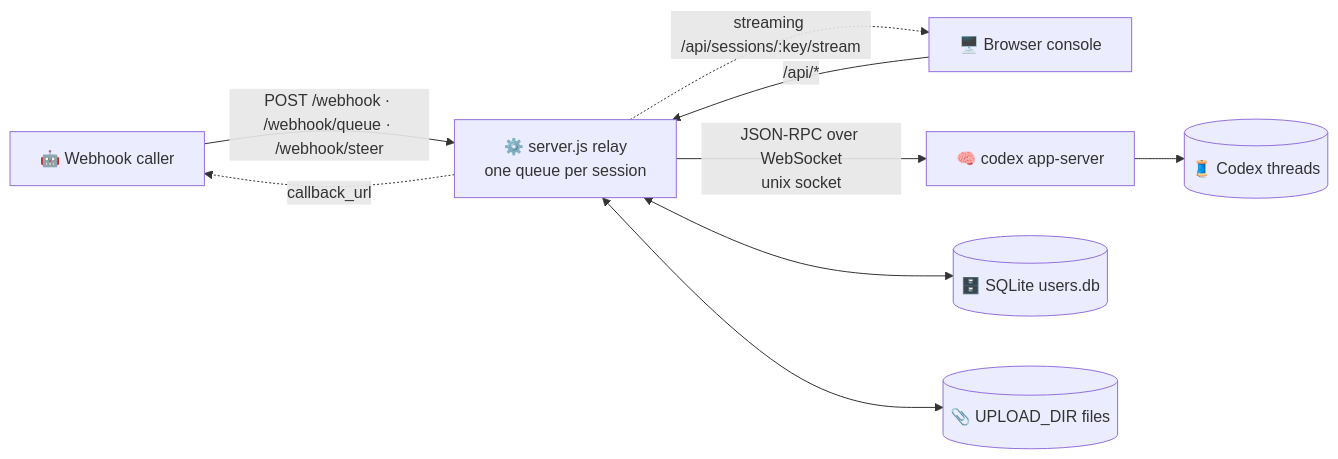
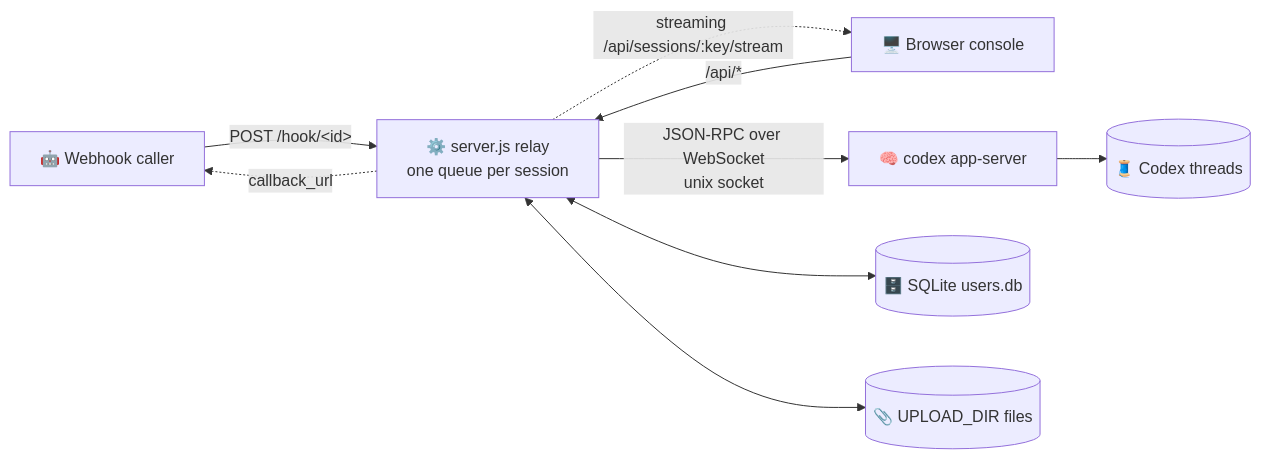
One commit to dylantsai-dev/linebot-relay changed the first of 2 diagrams in README.en.md. Above: the diagram before and after it, drawn with Mermaid. The commit also changed other lines of this file and 1 other file, not shown here.

````diff
--- a/README.en.md
+++ b/README.en.md
@@ -41,11 +61,11 @@
 ```mermaid
 flowchart LR
-  W[🤖 Webhook caller] -- POST /webhook · /webhook/queue · /webhook/steer --> S
+  W[🤖 Webhook caller] -- POST /hook/&lt;id&gt; --> S
   B[🖥️ Browser console] -- /api/* --> S
   S[⚙️ server.js relay<br/>one queue per session] -- JSON-RPC over WebSocket<br/>unix socket --> A[🧠 codex app-server]
   A --> T[(🧵 Codex threads)]
   S <--> D[(🗄️ SQLite users.db)]
   S <--> U[(📎 UPLOAD_DIR files)]
   S -. streaming /api/sessions/:key/stream .-> B
   S -. callback_url .-> W
 ```
````
